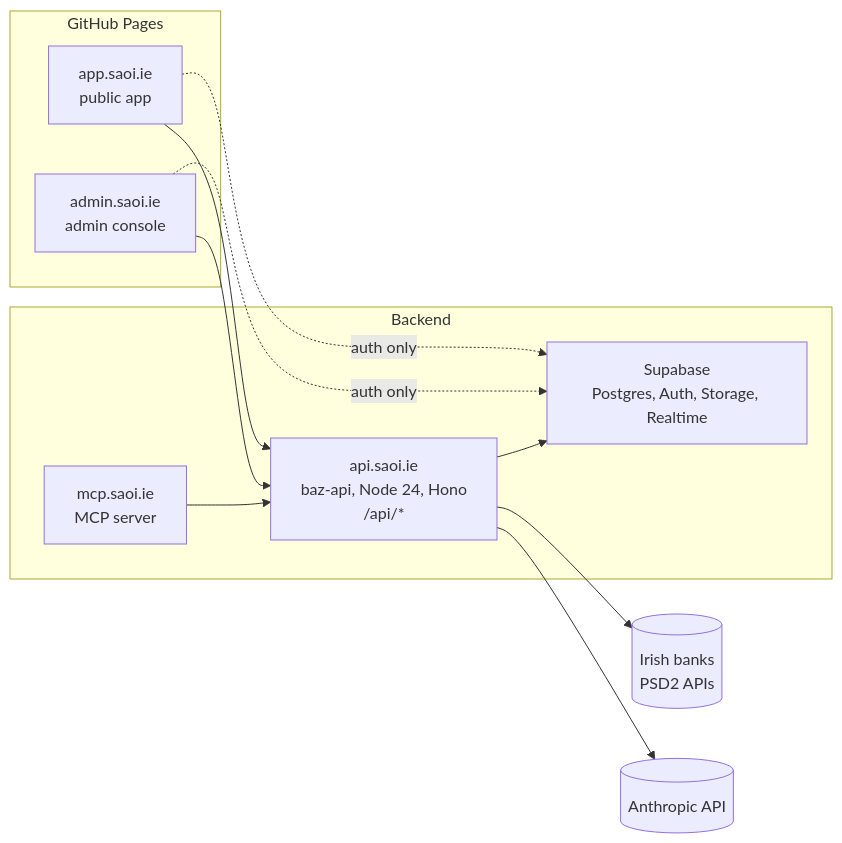
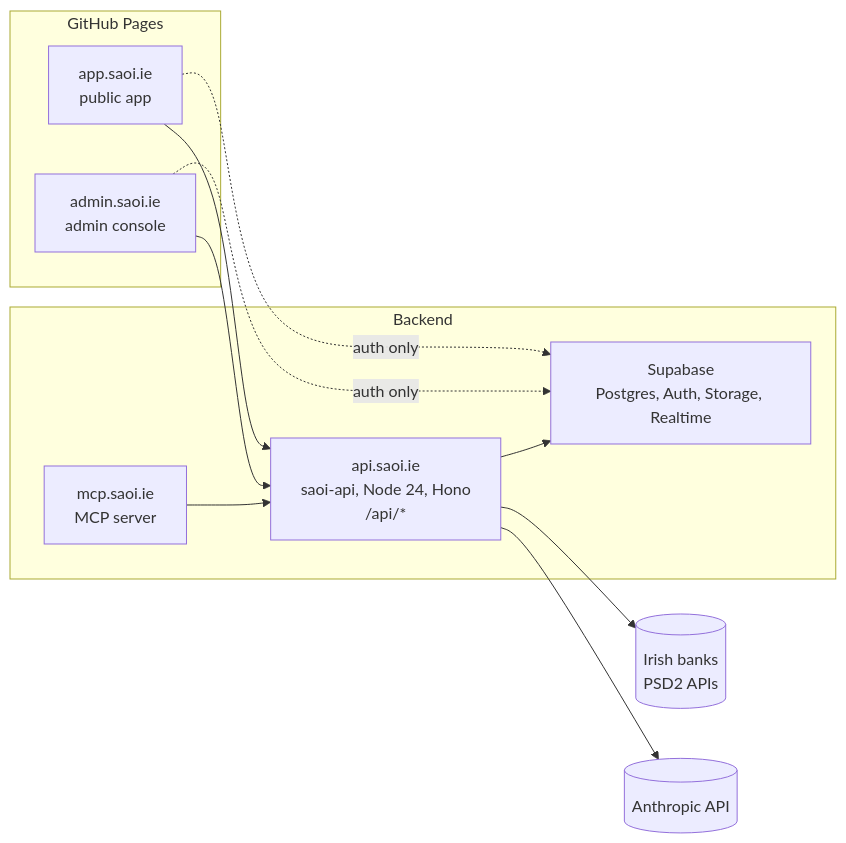
Before and after one commit to chris-88/saoi-docs: the diagram in src/content/docs/architecture/overview.md, drawn with Mermaid. The commit also changed other lines of this file and 10 other files, not shown here.

Commit message:
refactor: rename baz identifiers, env names and links to saoi

````diff
--- a/src/content/docs/architecture/overview.md
+++ b/src/content/docs/architecture/overview.md
@@ -17,22 +17,22 @@
 ```mermaid
 flowchart LR
   subgraph pages [GitHub Pages]
     web[app.saoi.ie<br/>public app]
     admin[admin.saoi.ie<br/>admin console]
   end
   subgraph backend [Backend]
-    api[api.saoi.ie<br/>baz-api, Node 24, Hono<br/>/api/*]
+    api[api.saoi.ie<br/>saoi-api, Node 24, Hono<br/>/api/*]
     sb[Supabase<br/>Postgres, Auth, Storage, Realtime]
     mcp[mcp.saoi.ie<br/>MCP server]
   end
   banks[(Irish banks<br/>PSD2 APIs)]
   llm[(Anthropic API)]
   web --> api
   admin --> api
   web -. auth only .-> sb
   admin -. auth only .-> sb
   mcp --> api
   api --> sb
   api --> llm
   api --> banks
 ```
````
